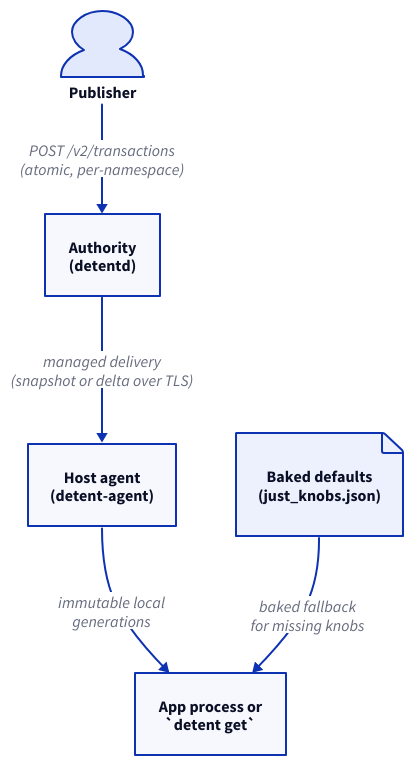
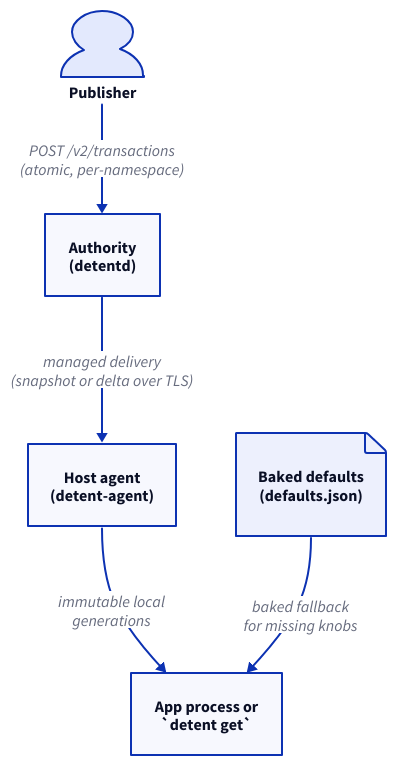
One commit to Kronuz/Detent changed the diagram in diagrams/01_overview.d2. Above: the diagram before and after it, drawn with D2. The commit also changed 20 other files, not shown here.

```diff
--- a/diagrams/01_overview.d2
+++ b/diagrams/01_overview.d2
@@ -1,29 +1,29 @@
 # The top-level flow, deliberately minimal: four actors, no internals.
 # See 04_read_path.d2, 05_update_path.d2 and 07_agent.d2 for what's inside
 # each box.
 direction: down
 
 publisher: Publisher {
   shape: person
 }
 
 authority: Authority\n(detentd) {
   shape: rectangle
 }
 
 agent: Host agent\n(detent-agent) {
   shape: rectangle
 }
 
 reader: App process or\n`detent get` {
   shape: rectangle
 }
 
-defaults: Baked defaults\n(just_knobs.json) {
+defaults: Baked defaults\n(defaults.json) {
   shape: page
 }
 
 publisher -> authority: "POST /v2/transactions\n(atomic, per-namespace)"
 authority -> agent: "managed delivery\n(snapshot or delta over TLS)"
 agent -> reader: "immutable local\ngenerations"
 defaults -> reader: "baked fallback\nfor missing knobs"
```
